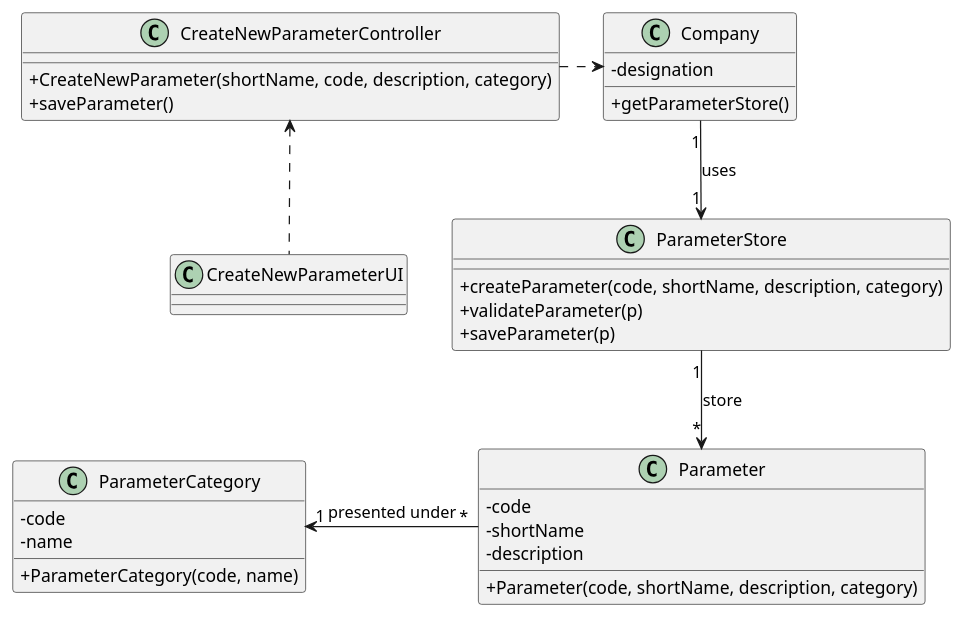
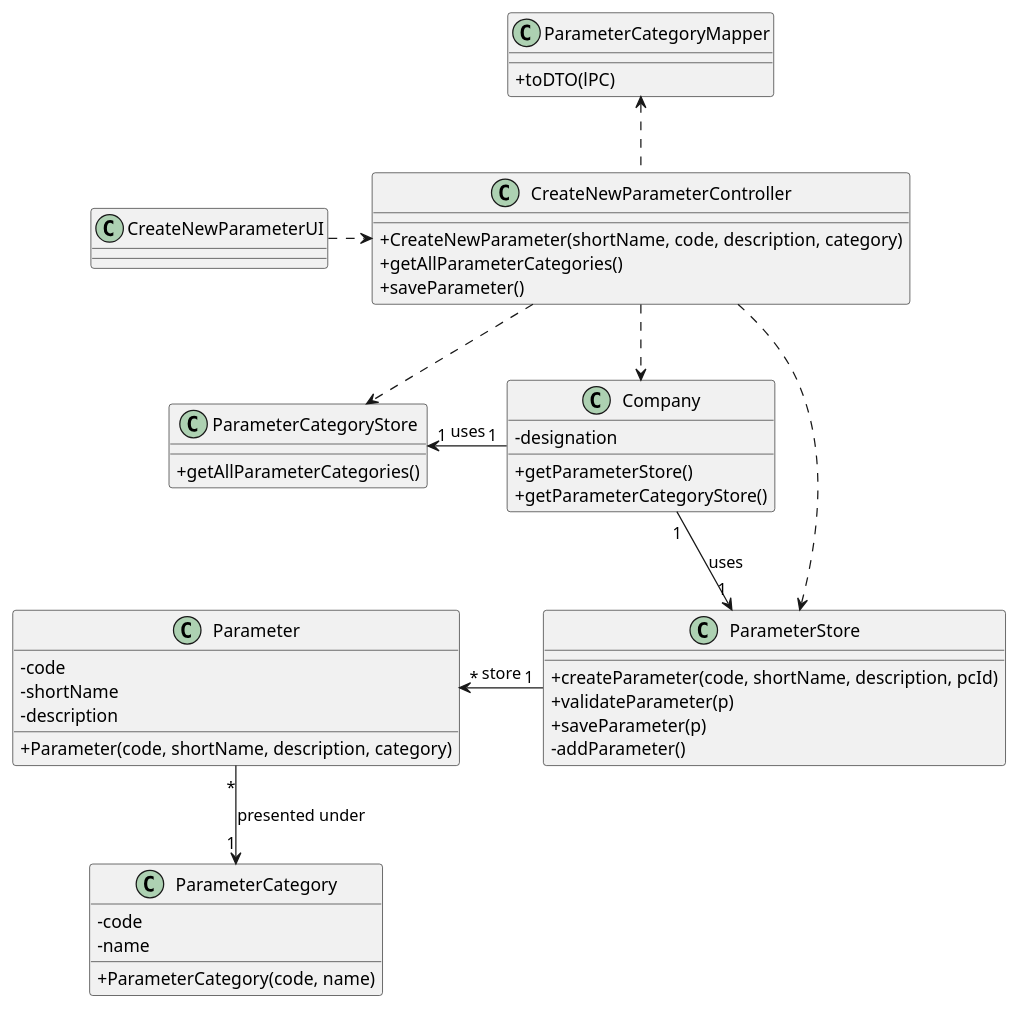
Before and after one commit to GuilhermeCunha79/lapr2: the diagram in docs/SprintC/US10/UC10_CD.puml, drawn with PlantUML. The commit also changed 22 other files, not shown here.

Commit message:
[US-10] Improvements to the US-10 documentation diagrams and code [US-11] Improvements to the US-11 documentation, diagrams and code [Fixes] Removed connection between UI and domain Layer in US-10 functionalities.

```diff
--- a/docs/SprintC/US10/UC10_CD.puml
+++ b/docs/SprintC/US10/UC10_CD.puml
@@ -1,41 +1,56 @@
 @startuml
 skinparam classAttributeIconSize 0
 
 class CreateNewParameterUI{
 }
 
 class CreateNewParameterController{
     +CreateNewParameter(shortName, code, description, category)
+    +getAllParameterCategories()
     +saveParameter()
 }
 
 class Company{
 	-designation
 	+getParameterStore()
+	+getParameterCategoryStore()
 }
 
 class Parameter{
     -code
     -shortName
     -description
     +Parameter(code, shortName, description, category)
 }
 
 class ParameterStore{
-    +createParameter(code, shortName, description, category)
+    +createParameter(code, shortName, description, pcId)
     +validateParameter(p)
     +saveParameter(p)
+    -addParameter()
+}
+
+class ParameterCategoryMapper {
+    +toDTO(lPC)
+}
+
+class ParameterCategoryStore {
+    + getAllParameterCategories()
 }
 
 class ParameterCategory{
     -code
     -name
     +ParameterCategory(code, name)
 }
 
-CreateNewParameterController <.down. CreateNewParameterUI
+CreateNewParameterController <.left. CreateNewParameterUI
 CreateNewParameterController .right.> Company
 Company"1" --> "1"ParameterStore : uses
-ParameterStore"1" --> "*"Parameter : store
-Parameter"*" -left-> "1"ParameterCategory : presented under
+ParameterStore"1" -left-> "*"Parameter : store
+Parameter"*" -down-> "1"ParameterCategory : presented under
+Company"1" -left-> "1"ParameterCategoryStore : uses
+CreateNewParameterController ..> ParameterCategoryStore
+CreateNewParameterController .up.> ParameterCategoryMapper
+CreateNewParameterController ..> ParameterStore
 @enduml
```
